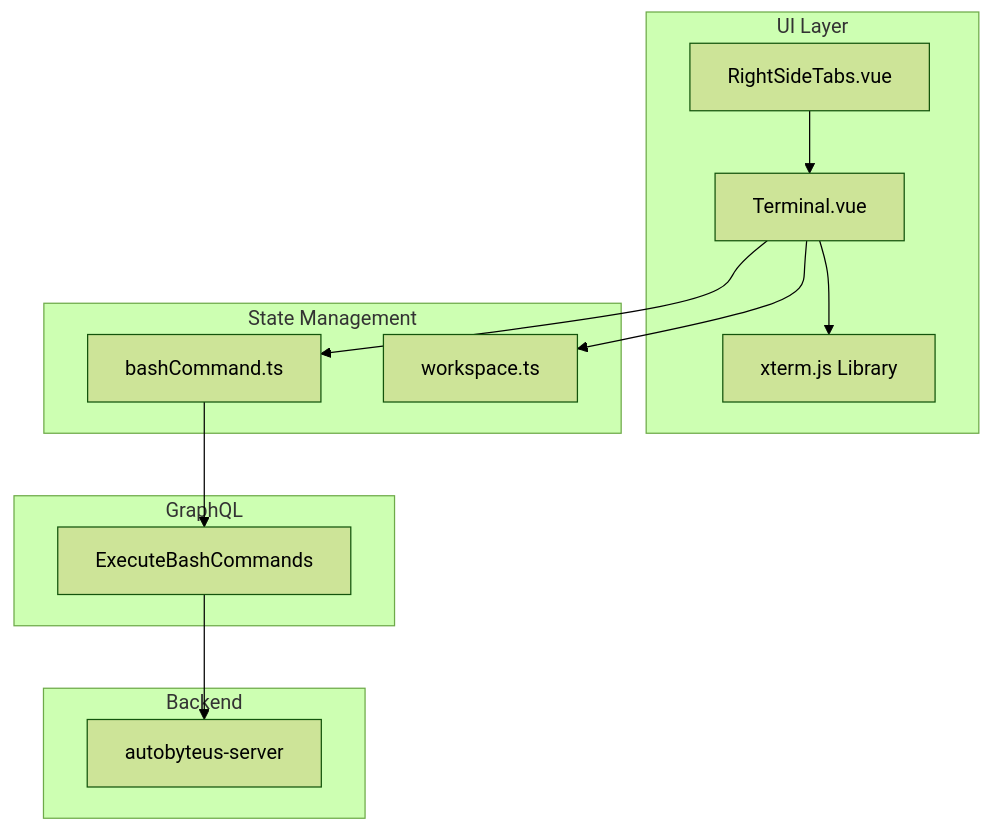
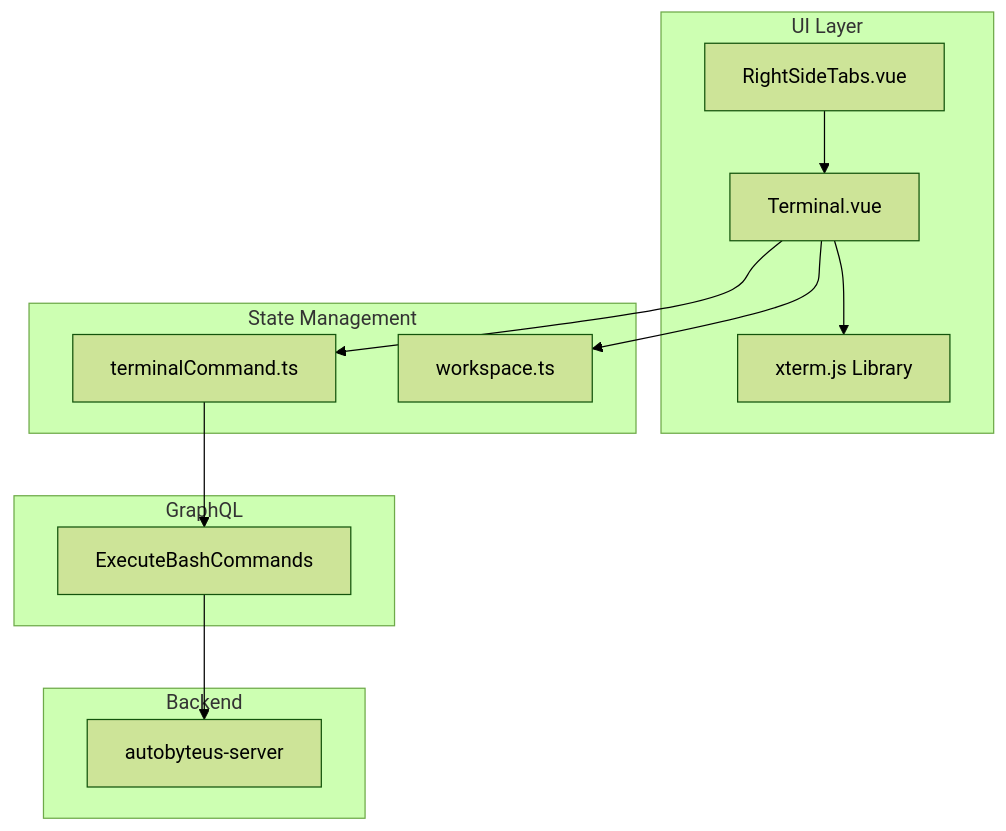
One commit to AutoByteus/autobyteus-web changed the first of 2 diagrams in docs/terminal.md. Above: the diagram before and after it, drawn with Mermaid (forest theme). The commit also changed other lines of this file and 10 other files, not shown here.

````diff
--- a/docs/terminal.md
+++ b/docs/terminal.md
@@ -33,28 +33,28 @@
 ```mermaid
 flowchart TD
     subgraph "UI Layer"
         RightSideTabs[RightSideTabs.vue]
         Terminal[Terminal.vue]
         XTerm[xterm.js Library]
     end
 
     subgraph "State Management"
-        BashCommandStore[bashCommand.ts]
+        TerminalCommandStore[terminalCommand.ts]
         WorkspaceStore[workspace.ts]
     end
 
     subgraph "GraphQL"
         Mutation[ExecuteBashCommands]
     end
 
     subgraph "Backend"
         Server[autobyteus-server]
     end
 
     RightSideTabs --> Terminal
     Terminal --> XTerm
-    Terminal --> BashCommandStore
+    Terminal --> TerminalCommandStore
     Terminal --> WorkspaceStore
-    BashCommandStore --> Mutation
+    TerminalCommandStore --> Mutation
     Mutation --> Server
 ```
````
